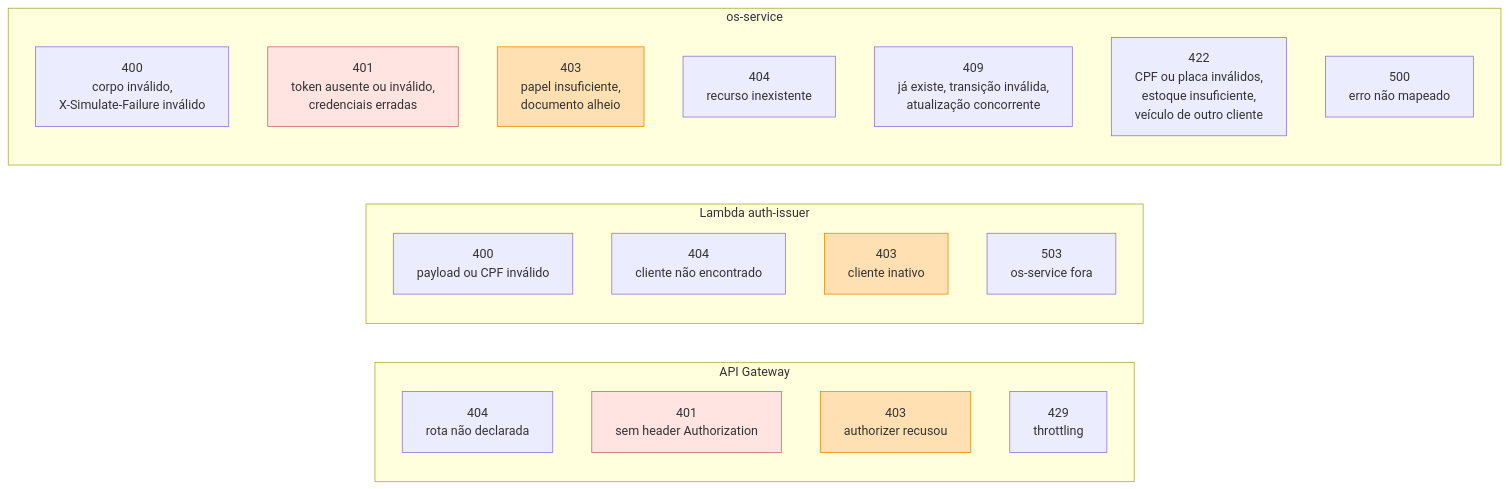
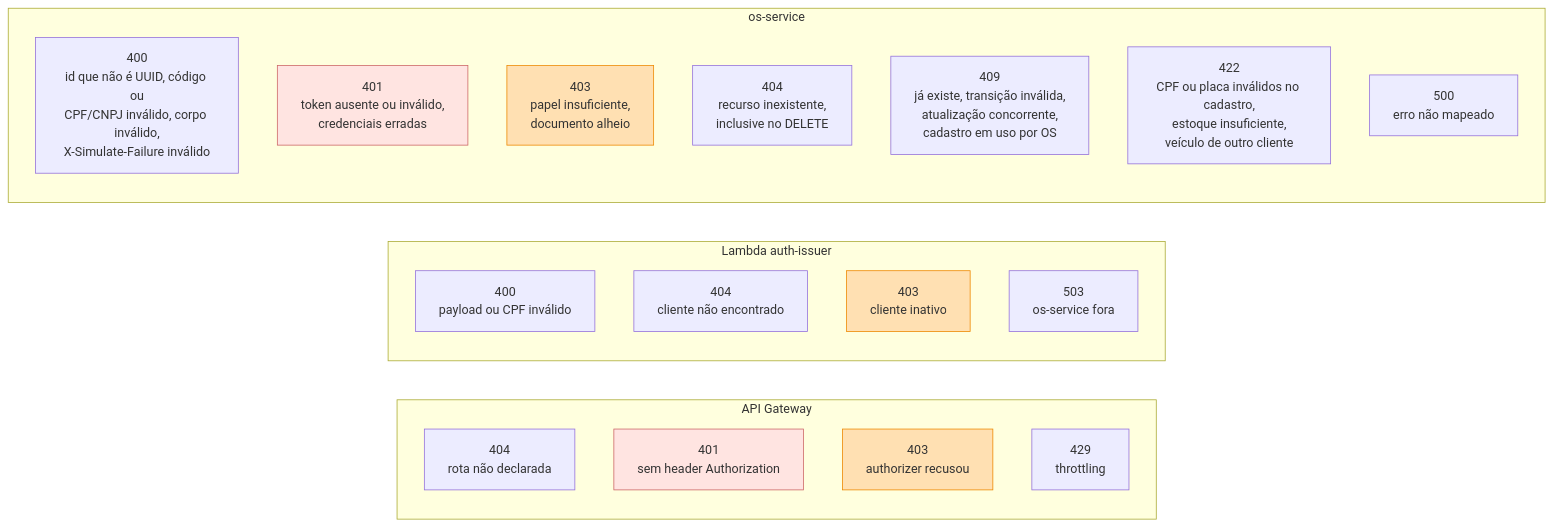
The third of 3 diagrams in docs/diagrams/roteamento.md (Kc1t/postech-tc4-os-service), drawn with Mermaid before and after one commit. The commit also changed other lines of this file and 5 other files, not shown here.

````diff
--- a/docs/diagrams/roteamento.md
+++ b/docs/diagrams/roteamento.md
@@ -106,32 +109,32 @@
 ```mermaid
 flowchart LR
     subgraph gwl["API Gateway"]
         g404["404<br/>rota não declarada"]
         g401["401<br/>sem header Authorization"]
         g403["403<br/>authorizer recusou"]
         g429["429<br/>throttling"]
     end
 
     subgraph lam["Lambda auth-issuer"]
         l400["400<br/>payload ou CPF inválido"]
         l404["404<br/>cliente não encontrado"]
         l403["403<br/>cliente inativo"]
         l503["503<br/>os-service fora"]
     end
 
     subgraph appl["os-service"]
-        a400["400<br/>corpo inválido,<br/>X-Simulate-Failure inválido"]
+        a400["400<br/>id que não é UUID, código ou<br/>CPF/CNPJ inválido, corpo inválido,<br/>X-Simulate-Failure inválido"]
         a401["401<br/>token ausente ou inválido,<br/>credenciais erradas"]
         a403["403<br/>papel insuficiente,<br/>documento alheio"]
-        a404["404<br/>recurso inexistente"]
-        a409["409<br/>já existe, transição inválida,<br/>atualização concorrente"]
-        a422["422<br/>CPF ou placa inválidos,<br/>estoque insuficiente,<br/>veículo de outro cliente"]
+        a404["404<br/>recurso inexistente,<br/>inclusive no DELETE"]
+        a409["409<br/>já existe, transição inválida,<br/>atualização concorrente,<br/>cadastro em uso por OS"]
+        a422["422<br/>CPF ou placa inválidos no cadastro,<br/>estoque insuficiente,<br/>veículo de outro cliente"]
         a500["500<br/>erro não mapeado"]
     end
 
     style g401 fill:#ffe4e1,stroke:#c66
     style g403 fill:#ffe0b2,stroke:#e80
     style a401 fill:#ffe4e1,stroke:#c66
     style a403 fill:#ffe0b2,stroke:#e80
     style l403 fill:#ffe0b2,stroke:#e80
 ```
````
